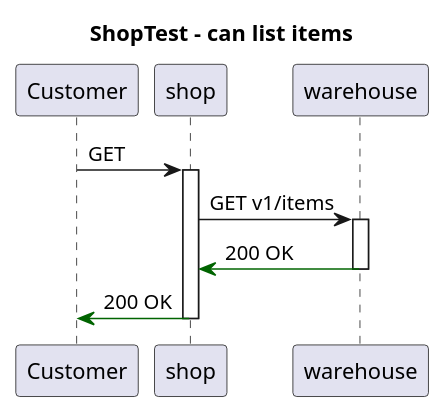
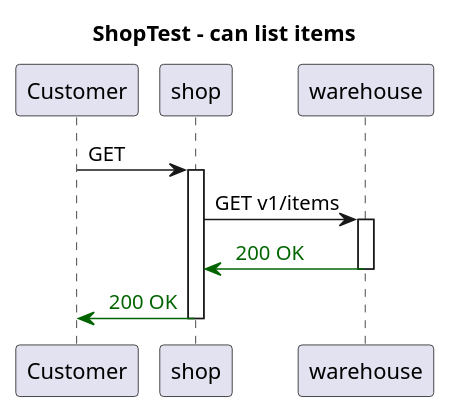
Before and after one commit to http4k/exploring-the-testing-hyperpyramid: the diagram in .presentation/.generated/WebsiteTest - can list items - Sequence.puml, drawn with PlantUML. The commit also changed 3 other files, not shown here.

Commit message:
adding coloured sequence

```diff
--- a/.presentation/.generated/WebsiteTest - can list items - Sequence.puml
+++ b/.presentation/.generated/WebsiteTest - can list items - Sequence.puml
@@ -1,15 +1,15 @@
 @startuml
 title ShopTest - can list items
 participant "Customer"
 participant "shop"
 participant "warehouse"
 "Customer" -> "shop": GET
 activate "shop"
 "shop" -> "warehouse": GET v1/items
 activate "warehouse"
 
-"warehouse" -[#DarkGreen]> "shop": 200 OK
+"warehouse" -[#DarkGreen]> "shop": <color:DarkGreen> 200 OK
 deactivate "warehouse"
-"shop" -[#DarkGreen]> "Customer": 200 OK
+"shop" -[#DarkGreen]> "Customer": <color:DarkGreen> 200 OK
 deactivate "shop"
 @enduml
```
